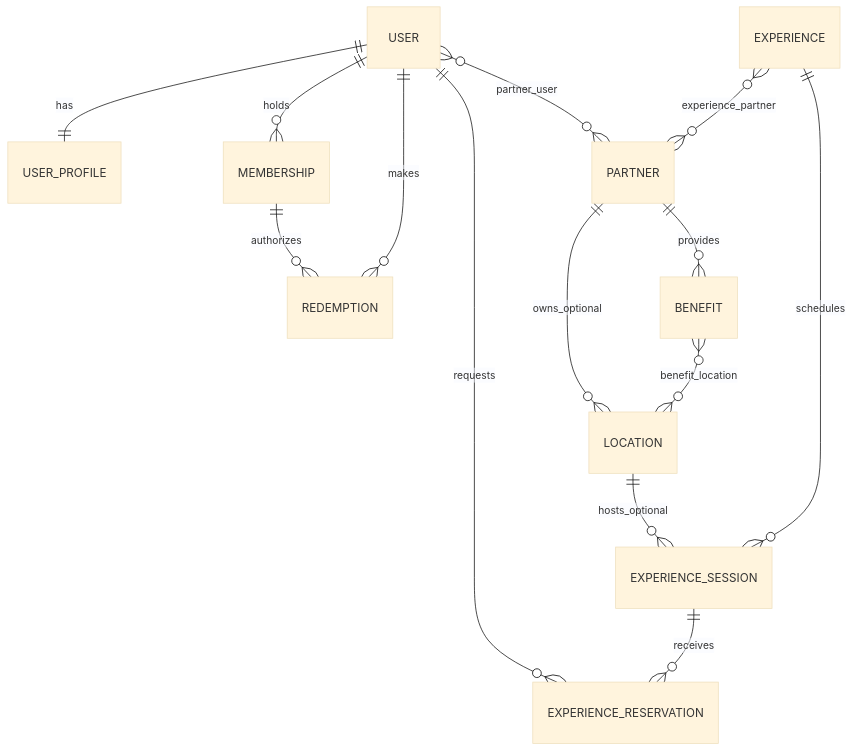
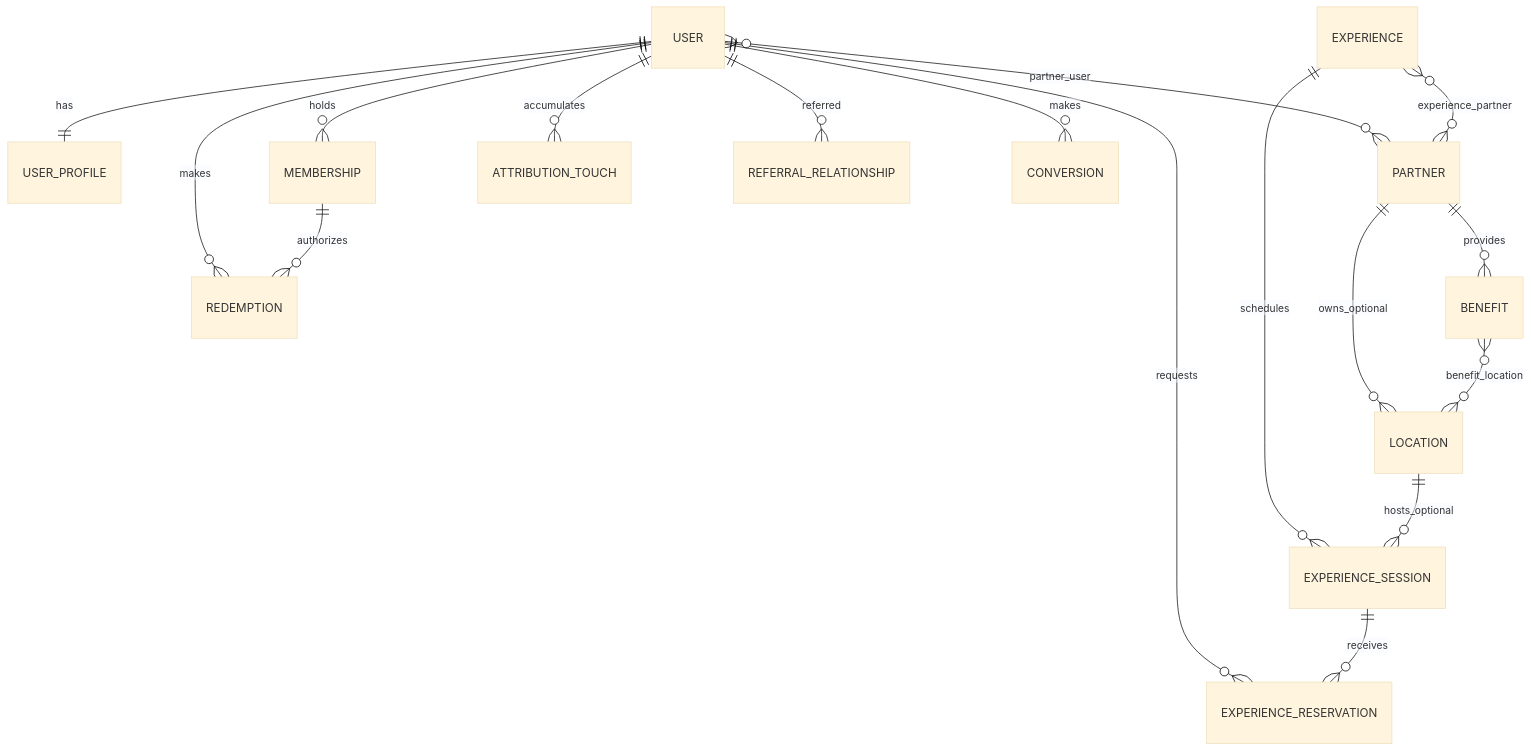
Before and after one commit to soyjavierquiroz/jakawi-100: the diagram in docs/DOMAIN.md, drawn with Mermaid (base theme). The commit also changed other lines of this file and 26 other files, not shown here.

Commit message:
feat: add attribution and referral foundation

````diff
--- a/docs/DOMAIN.md
+++ b/docs/DOMAIN.md
@@ -5,16 +5,19 @@
 ```mermaid
 erDiagram
   USER ||--|| USER_PROFILE : has
   USER ||--o{ MEMBERSHIP : holds
   USER ||--o{ REDEMPTION : makes
   USER ||--o{ EXPERIENCE_RESERVATION : requests
   USER }o--o{ PARTNER : partner_user
   PARTNER ||--o{ LOCATION : owns_optional
   PARTNER ||--o{ BENEFIT : provides
   BENEFIT }o--o{ LOCATION : benefit_location
   EXPERIENCE }o--o{ PARTNER : experience_partner
   EXPERIENCE ||--o{ EXPERIENCE_SESSION : schedules
   EXPERIENCE_SESSION ||--o{ EXPERIENCE_RESERVATION : receives
   LOCATION ||--o{ EXPERIENCE_SESSION : hosts_optional
   MEMBERSHIP ||--o{ REDEMPTION : authorizes
+  USER ||--o{ ATTRIBUTION_TOUCH : accumulates
+  USER ||--o{ REFERRAL_RELATIONSHIP : referred
+  USER ||--o{ CONVERSION : makes
 ```
````
